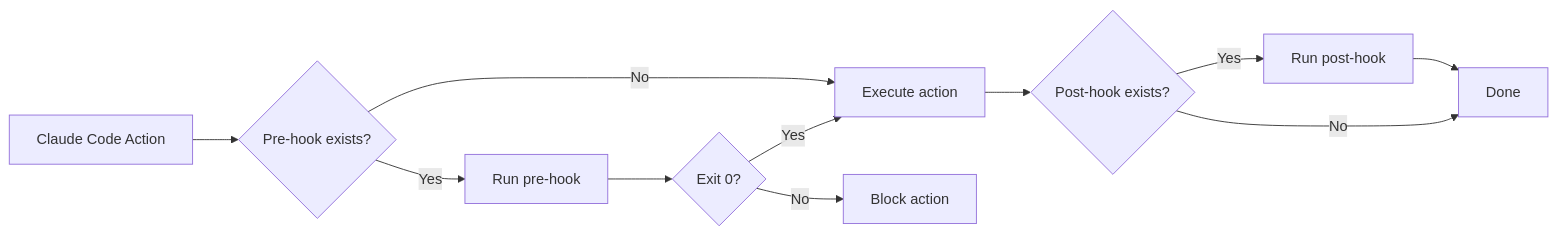
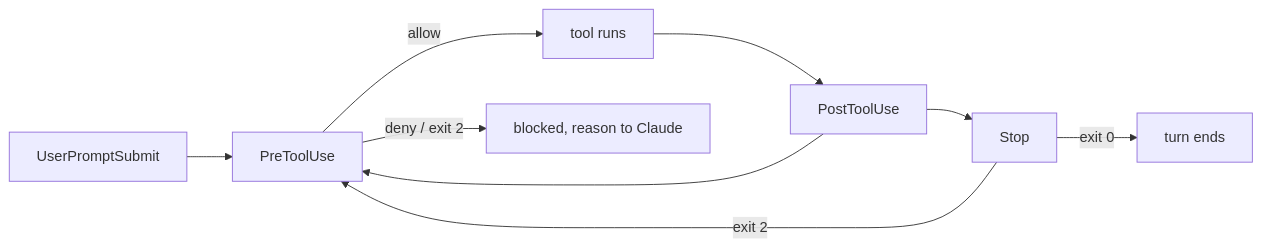
Before and after one commit to ShipWithAI/claude-code-mastery: the diagram in src/content/docs/en/claude-code/phase-11-automation-headless/03-hooks-system.md, drawn with Mermaid. The commit also changed other lines of this file and 3 other files, not shown here.

First line of the commit message:
rewrite(11.3): hooks system on settings.json — PreToolUse/PostToolUse/Stop, stdin JSON, exit 2 (audit W1-1) (#60)

````diff
--- a/src/content/docs/en/claude-code/phase-11-automation-headless/03-hooks-system.md
+++ b/src/content/docs/en/claude-code/phase-11-automation-headless/03-hooks-system.md
@@ -69,13 +69,11 @@
 ```mermaid
 graph LR
-    A[Claude Code Action] --> B{Pre-hook exists?}
-    B -->|Yes| C[Run pre-hook]
-    C --> D{Exit 0?}
-    D -->|Yes| E[Execute action]
-    D -->|No| F[Block action]
-    B -->|No| E
-    E --> G{Post-hook exists?}
-    G -->|Yes| H[Run post-hook]
-    G -->|No| I[Done]
-    H --> I
+    U[UserPromptSubmit] --> P[PreToolUse]
+    P -->|allow| T[tool runs]
+    P -->|deny / exit 2| X[blocked, reason to Claude]
+    T --> Q[PostToolUse]
+    Q --> P
+    Q --> S[Stop]
+    S -->|exit 2| P
+    S -->|exit 0| E[turn ends]
 ```
````
